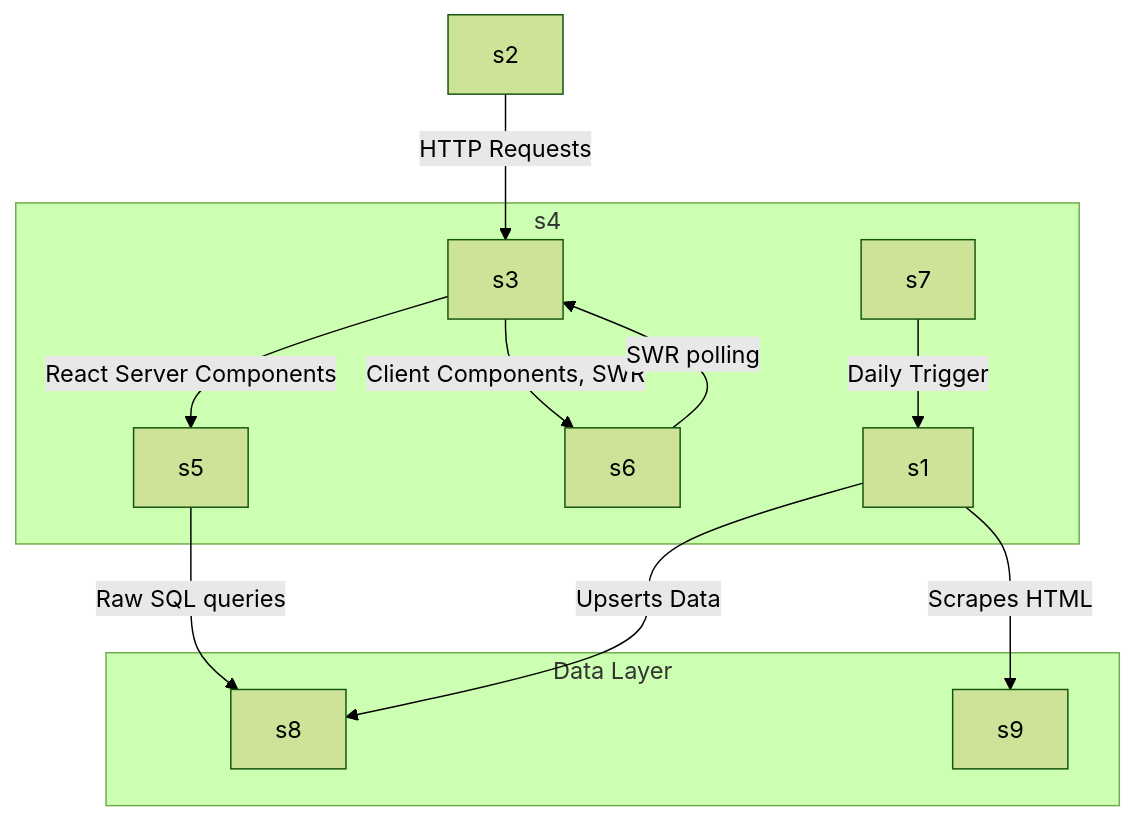
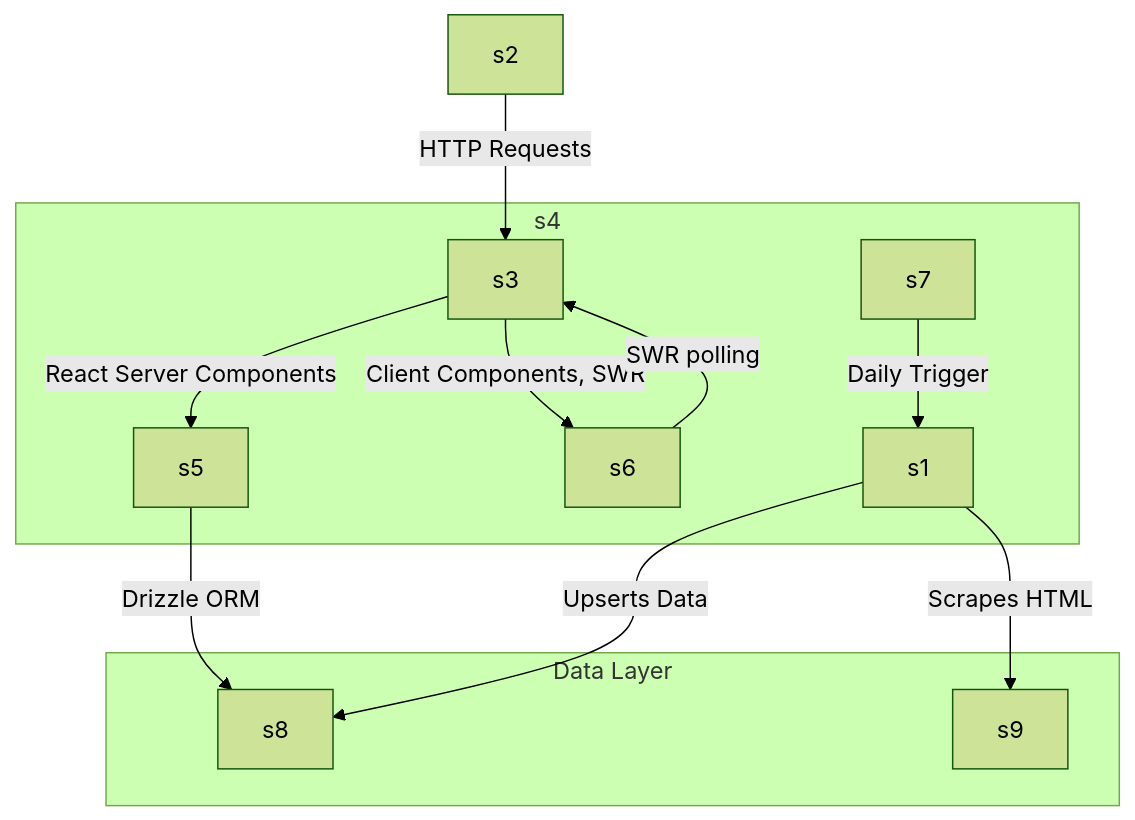
One commit to rhotter/bash.fan changed the first of 2 diagrams in docs/architecture.md. Above: the diagram before and after it, drawn with Mermaid (forest theme). The commit also changed other lines of this file and 1 other file, not shown here.

Commit message:
docs: sync architecture and workflow with Drizzle ORM and Scorekeeper features

````diff
--- a/docs/architecture.md
+++ b/docs/architecture.md
@@ -5,18 +5,18 @@
 ```mermaid
 graph TD
     Client["s2"] -->|HTTP Requests| NextJS["s3"]
     
     subgraph Vercel["s4"]
         NextJS -->|React Server Components| Server["s5"]
         NextJS -->|Client Components, SWR| ClientSide["s6"]
         
         Cron["s7"] -->|Daily Trigger| SyncRoute["s1"]
     end
     
     subgraph Data Layer
-        Server -->|Raw SQL queries| Postgres["s8"]
+        Server -->|Drizzle ORM| Postgres["s8"]
         SyncRoute -->|Scrapes HTML| Sportability["s9"]
         SyncRoute -->|Upserts Data| Postgres
         ClientSide -->|SWR polling| NextJS
     end
 ```
````
